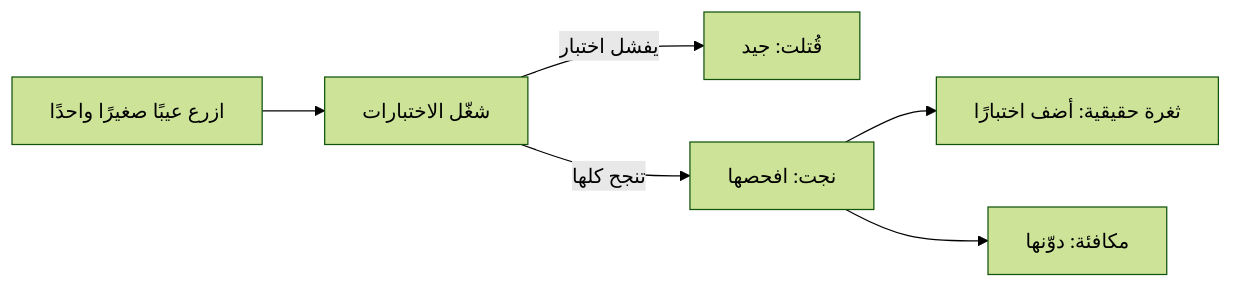
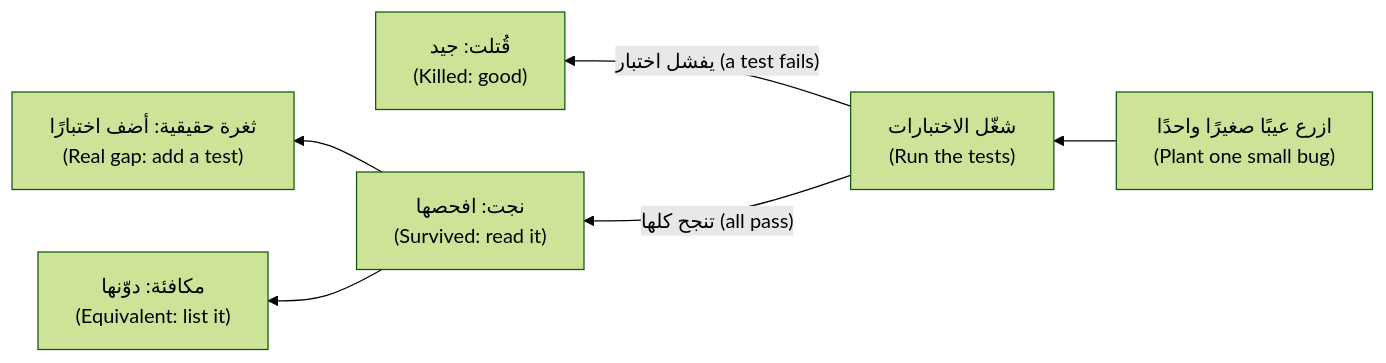
One commit to Tamoura/system-design-for-vibe-coders changed the third of 3 diagrams in testing/modules/02-code.ar.md. Above: the diagram before and after it, drawn with Mermaid (forest theme). The commit also changed other lines of this file and 39 other files, not shown here.

````diff
--- a/testing/modules/02-code.ar.md
+++ b/testing/modules/02-code.ar.md
@@ -1149,8 +1149,8 @@
 ```mermaid
-flowchart LR
-    A["ازرع عيبًا صغيرًا واحدًا"] --> B["شغّل الاختبارات"]
-    B -->|"يفشل اختبار"| C["قُتلت: جيد"]
-    B -->|"تنجح كلها"| D["نجت: افحصها"]
-    D --> E["ثغرة حقيقية: أضف اختبارًا"]
-    D --> F["مكافئة: دوّنها"]
+flowchart RL
+    A["ازرع عيبًا صغيرًا واحدًا<br/>(Plant one small bug)"] --> B["شغّل الاختبارات<br/>(Run the tests)"]
+    B -->|"يفشل اختبار (a test fails)"| C["قُتلت: جيد<br/>(Killed: good)"]
+    B -->|"تنجح كلها (all pass)"| D["نجت: افحصها<br/>(Survived: read it)"]
+    D --> E["ثغرة حقيقية: أضف اختبارًا<br/>(Real gap: add a test)"]
+    D --> F["مكافئة: دوّنها<br/>(Equivalent: list it)"]
 ```
````
